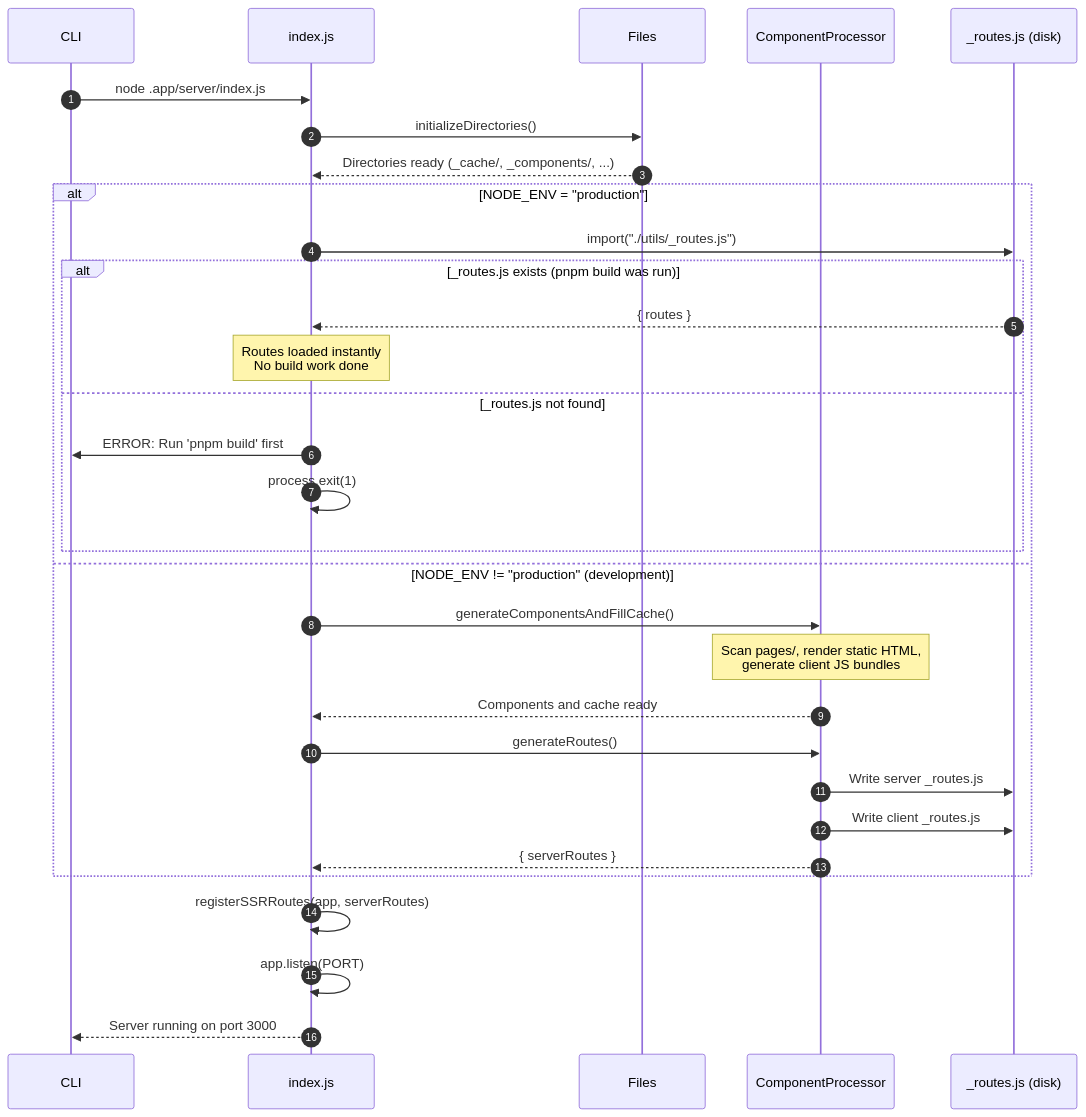
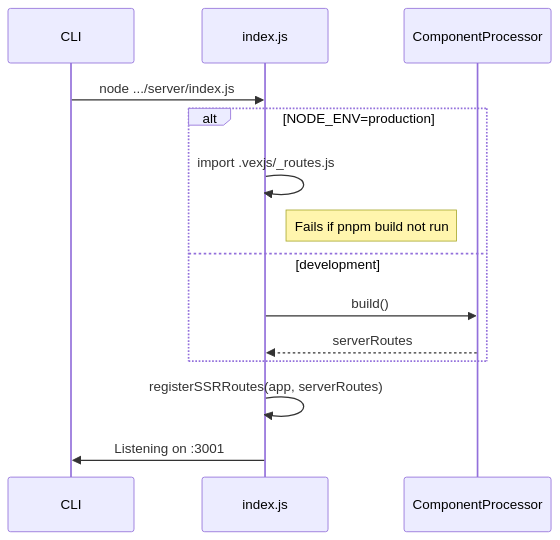
One commit to cfdez11/js-vanilla-node changed the third of 3 diagrams in vexjs/README.md. Above: the diagram before and after it, drawn with Mermaid. The commit also changed other lines of this file and 31 other files, not shown here.

````diff
--- a/vexjs/README.md
+++ b/vexjs/README.md
@@ -1214,41 +650,19 @@
 ```mermaid
----
-config:
-  theme: mc
----
 sequenceDiagram
-        autonumber
-        participant CLI
-        participant index.js
-        participant Files
-        participant ComponentProcessor
-        participant RoutesFile as _routes.js (disk)
+    participant CLI
+    participant index.js
+    participant ComponentProcessor
 
-        CLI ->> index.js: node .app/server/index.js
+    CLI->>index.js: node .../server/index.js
 
-        index.js ->> Files: initializeDirectories()
-        Files -->> index.js: Directories ready (_cache/, _components/, ...)
+    alt NODE_ENV=production
+        index.js->>index.js: import .vexjs/_routes.js
+        note right of index.js: Fails if pnpm build not run
+    else development
+        index.js->>ComponentProcessor: build()
+        ComponentProcessor-->>index.js: serverRoutes
+    end
 
-        alt NODE_ENV = "production"
-            index.js ->> RoutesFile: import("./utils/_routes.js")
-            alt _routes.js exists (pnpm build was run)
-                RoutesFile -->> index.js: { routes }
-                Note over index.js: Routes loaded instantly<br/>No build work done
-            else _routes.js not found
-                index.js ->> CLI: ERROR: Run 'pnpm build' first
-                index.js ->> index.js: process.exit(1)
-            end
-        else NODE_ENV != "production" (development)
-            index.js ->> ComponentProcessor: generateComponentsAndFillCache()
-            Note over ComponentProcessor: Scan pages/, render static HTML,<br/>generate client JS bundles
-            ComponentProcessor -->> index.js: Components and cache ready
-            index.js ->> ComponentProcessor: generateRoutes()
-            ComponentProcessor ->> RoutesFile: Write server _routes.js
-            ComponentProcessor ->> RoutesFile: Write client _routes.js
-            ComponentProcessor -->> index.js: { serverRoutes }
-        end
-
-        index.js ->> index.js: registerSSRRoutes(app, serverRoutes)
-        index.js ->> index.js: app.listen(PORT)
-        index.js -->> CLI: Server running on port 3000
+    index.js->>index.js: registerSSRRoutes(app, serverRoutes)
+    index.js->>CLI: Listening on :3001
 ```
````
